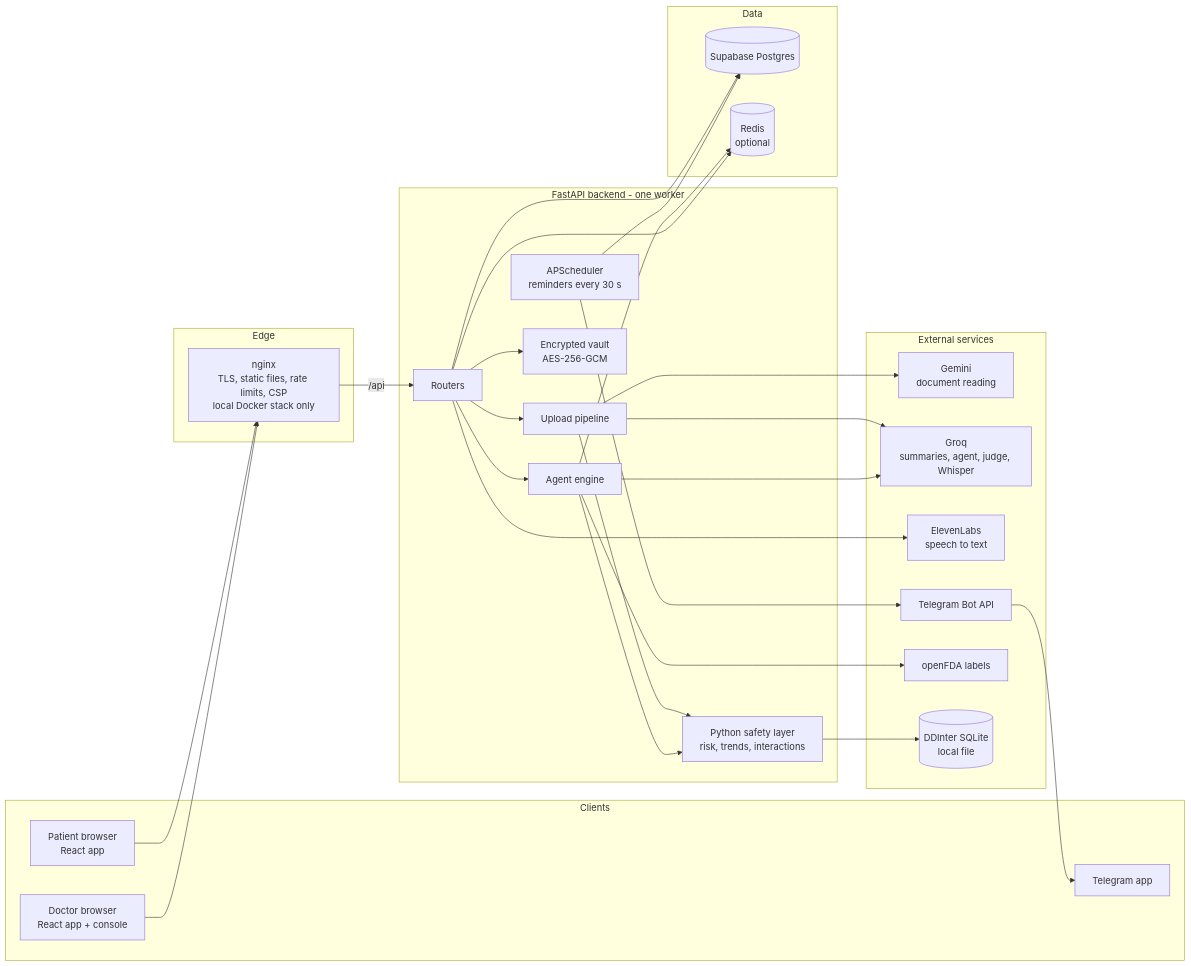
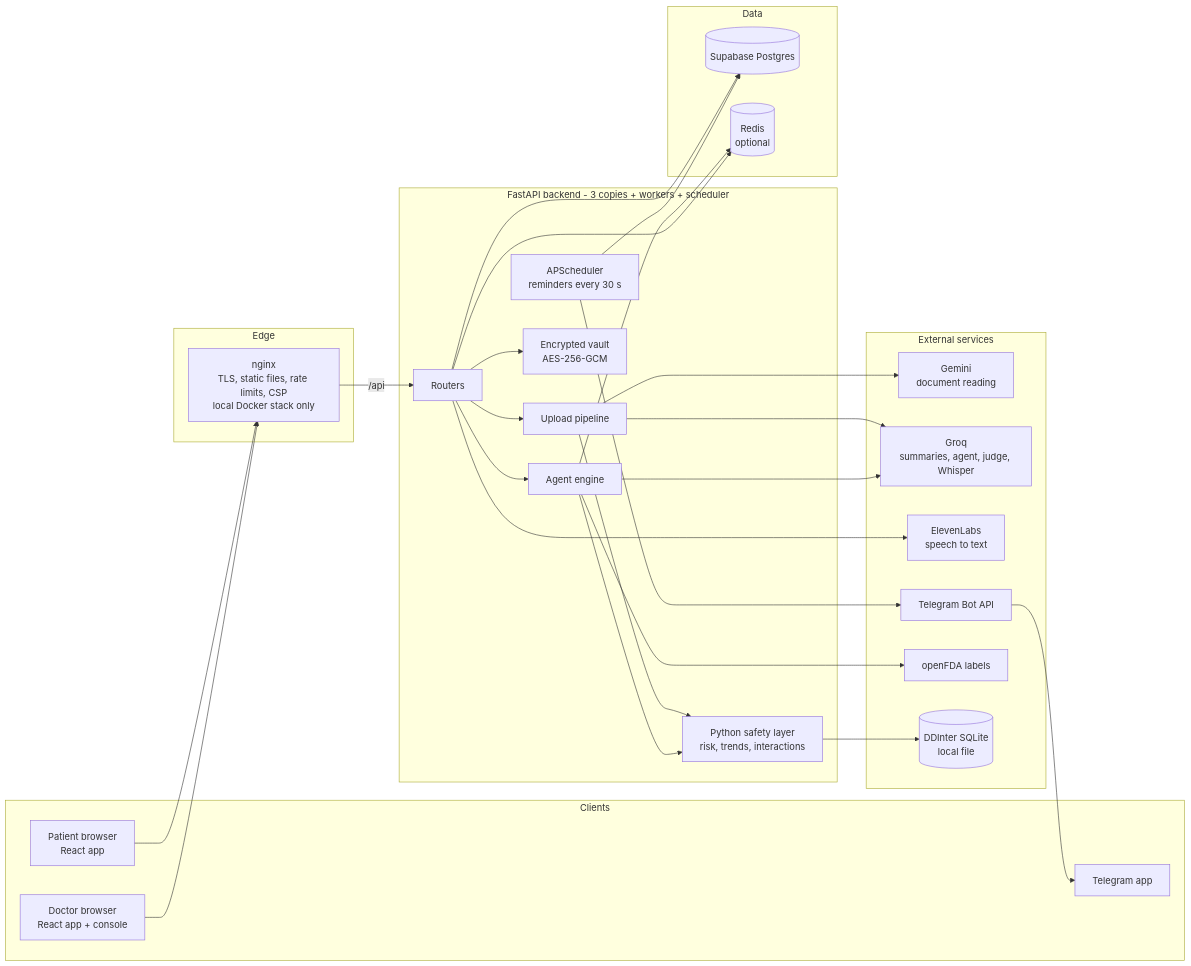
Before and after one commit to Aariyan007/YODHA-HACK: the first of 6 diagrams in README.md, drawn with Mermaid. The commit also changed other lines of this file and 5 other files, not shown here.

````diff
--- a/README.md
+++ b/README.md
@@ -42,51 +42,51 @@
 ```mermaid
 flowchart LR
   subgraph Clients
     P[Patient browser<br/>React app]
     D[Doctor browser<br/>React app + console]
     TG[Telegram app]
   end
   subgraph Edge
     N[nginx<br/>TLS, static files, rate limits, CSP<br/>local Docker stack only]
   end
-  subgraph Backend[FastAPI backend - one worker]
+  subgraph Backend[FastAPI backend - 3 copies + workers + scheduler]
     R[Routers]
     A[Agent engine]
     PIPE[Upload pipeline]
     SAFE[Python safety layer<br/>risk, trends, interactions]
     SCH[APScheduler<br/>reminders every 30 s]
     V[Encrypted vault<br/>AES-256-GCM]
   end
   subgraph Data
     PG[(Supabase Postgres)]
     RD[(Redis<br/>optional)]
   end
   subgraph External[External services]
     GEM[Gemini<br/>document reading]
     GRQ[Groq<br/>summaries, agent, judge, Whisper]
     EL[ElevenLabs<br/>speech to text]
     TGB[Telegram Bot API]
     FDA[openFDA labels]
     DDI[(DDInter SQLite<br/>local file)]
   end
   P --> N
   D --> N
   N -->|/api| R
   R --> A
   R --> PIPE
   PIPE --> SAFE
   A --> SAFE
   R --> PG
   A --> RD
   R --> RD
   R --> V
   PIPE --> GEM
   PIPE --> GRQ
   A --> GRQ
   R --> EL
   A --> FDA
   SAFE --> DDI
   SCH --> PG
   SCH --> TGB
   TGB --> TG
 ```
````
